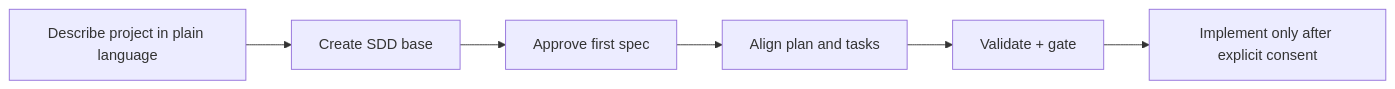
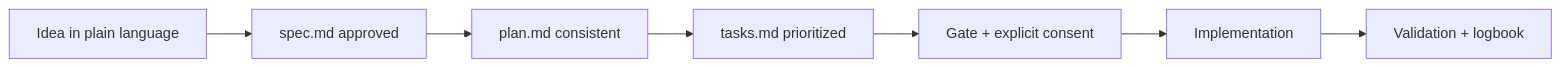
One commit to juanklagos/spec-driven-development-template changed the first of 2 diagrams in README.md. Above: the diagram before and after it, drawn with Mermaid. The commit also changed other lines of this file and 2 other files, not shown here.

First line of the commit message:
docs: visitor-first README (EN/ES) and evolution ideas backlog

````diff
--- a/README.md
+++ b/README.md
@@ -79,8 +110,9 @@
 ```mermaid
 flowchart LR
-  A["Describe project in plain language"] --> B["Create SDD base"]
-  B --> C["Approve first spec"]
-  C --> D["Align plan and tasks"]
-  D --> E["Validate + gate"]
-  E --> F["Implement only after explicit consent"]
+  A["Idea in plain language"] --> B["spec.md approved"]
+  B --> C["plan.md consistent"]
+  C --> D["tasks.md prioritized"]
+  D --> E["Gate + explicit consent"]
+  E --> F["Implementation"]
+  F --> G["Validation + logbook"]
 ```
````
